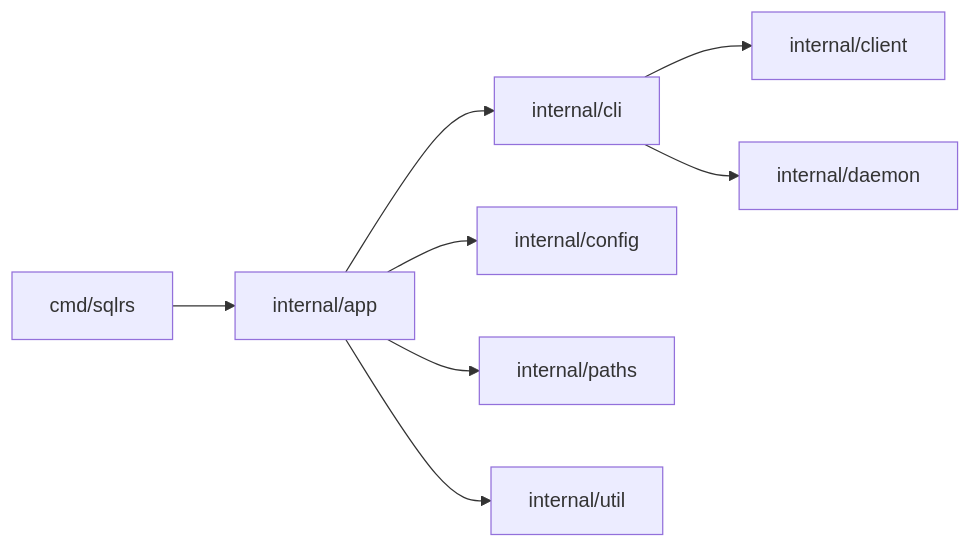
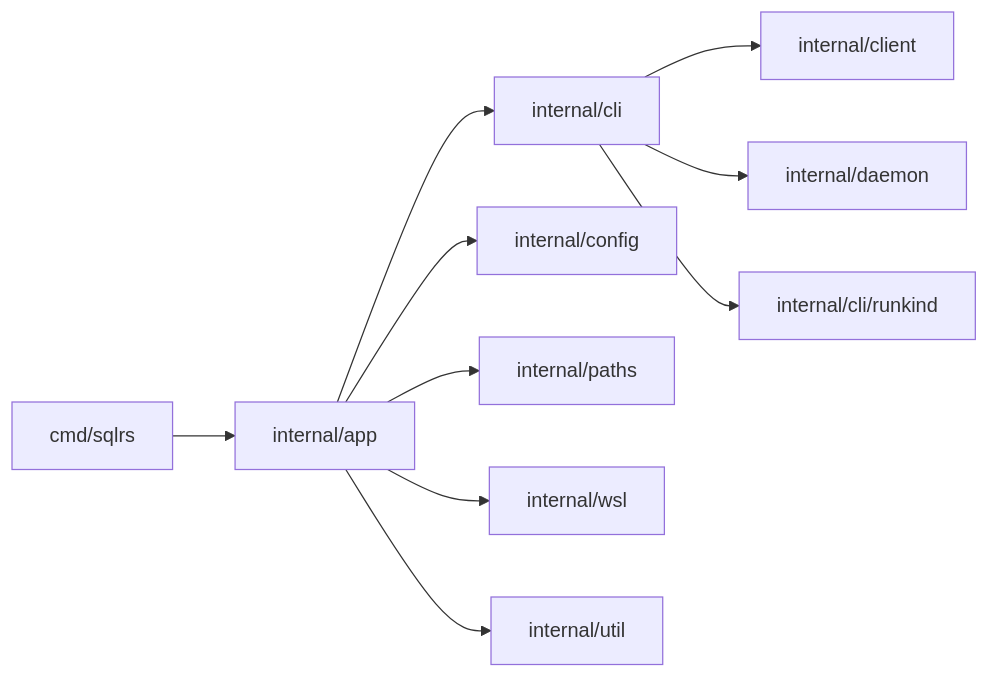
Before and after one commit to kimak-irmagi/taidon: the diagram in docs/architecture/cli-component-structure.RU.md, drawn with Mermaid. The commit also changed other lines of this file and 9 other files, not shown here.

````diff
--- a/docs/architecture/cli-component-structure.RU.md
+++ b/docs/architecture/cli-component-structure.RU.md
@@ -77,19 +63,23 @@
 ```mermaid
 flowchart LR
   CMD["cmd/sqlrs"]
   APP["internal/app"]
   CLI["internal/cli"]
+  RUNKIND["internal/cli/runkind"]
   CLIENT["internal/client"]
   DAEMON["internal/daemon"]
   CONFIG["internal/config"]
   PATHS["internal/paths"]
+  WSL["internal/wsl"]
   UTIL["internal/util"]
 
   CMD --> APP
   APP --> CLI
   APP --> CONFIG
   APP --> PATHS
+  APP --> WSL
   APP --> UTIL
   CLI --> CLIENT
   CLI --> DAEMON
+  CLI --> RUNKIND
 ```
````
